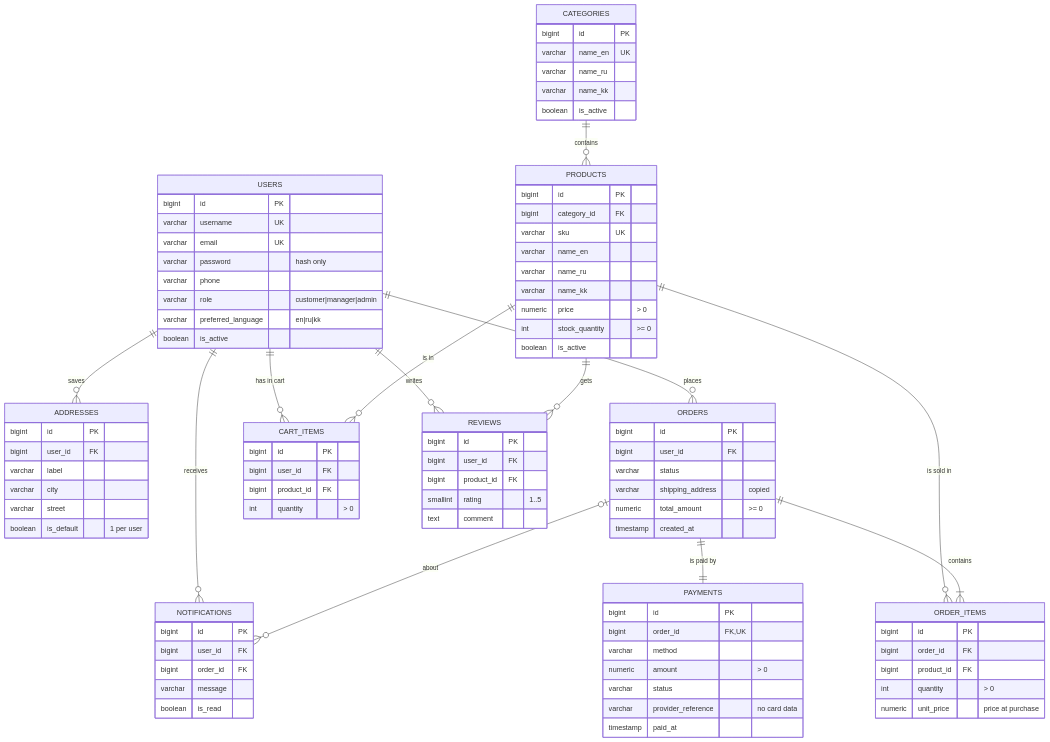
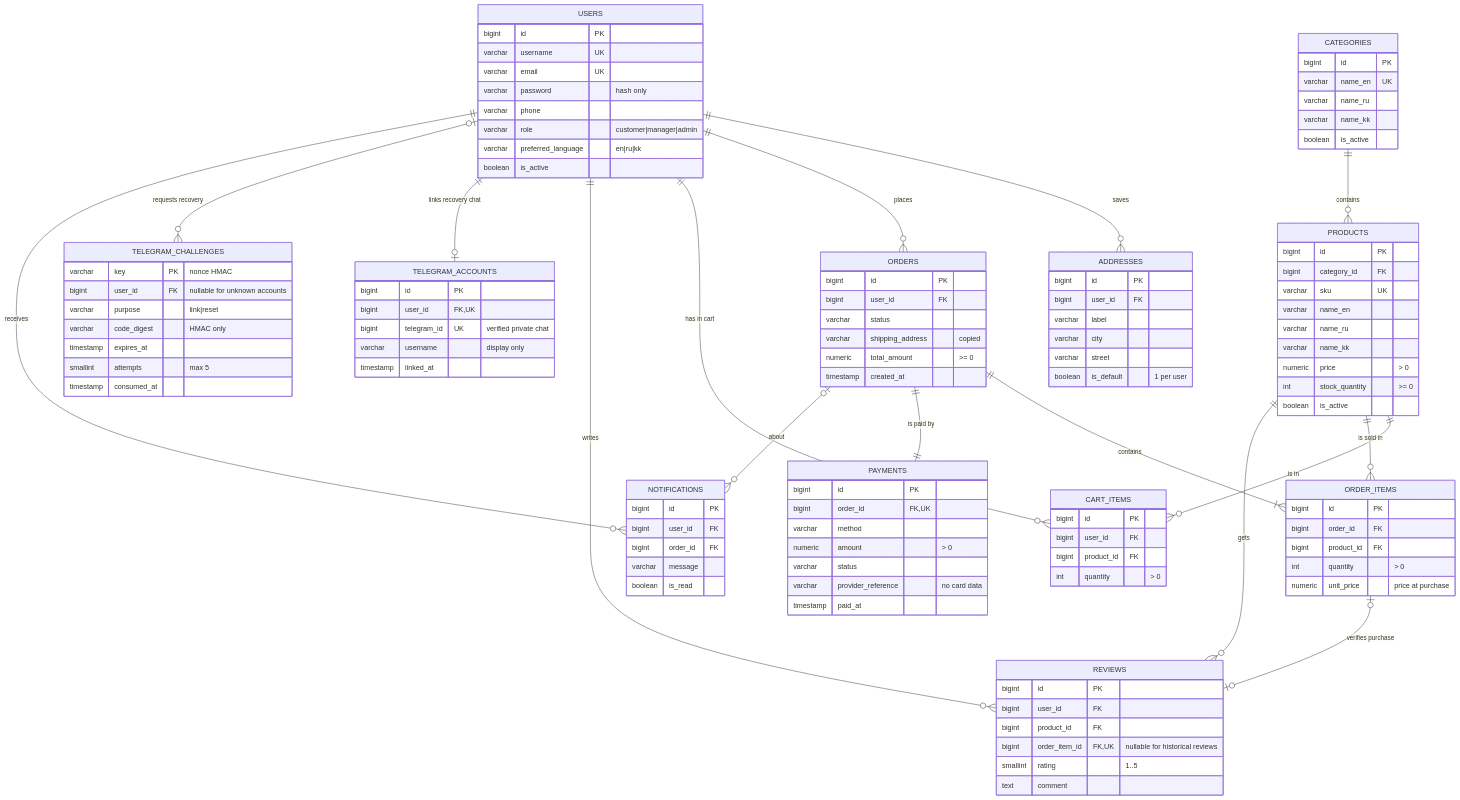
Before and after one commit to dilnaz24B031774/online-shop: the diagram in docs/erd.mmd, drawn with Mermaid. The commit also changed 37 other files, not shown here.

```diff
--- a/docs/erd.mmd
+++ b/docs/erd.mmd
@@ -1,94 +1,114 @@
 erDiagram
     USERS ||--o{ ADDRESSES : "saves"
     USERS ||--o{ ORDERS : "places"
     USERS ||--o{ CART_ITEMS : "has in cart"
     USERS ||--o{ REVIEWS : "writes"
+    USERS ||--o| TELEGRAM_ACCOUNTS : "links recovery chat"
+    USERS |o--o{ TELEGRAM_CHALLENGES : "requests recovery"
     USERS ||--o{ NOTIFICATIONS : "receives"
     CATEGORIES ||--o{ PRODUCTS : "contains"
     PRODUCTS ||--o{ CART_ITEMS : "is in"
     PRODUCTS ||--o{ ORDER_ITEMS : "is sold in"
     PRODUCTS ||--o{ REVIEWS : "gets"
+    ORDER_ITEMS |o--o| REVIEWS : "verifies purchase"
     ORDERS ||--|{ ORDER_ITEMS : "contains"
     ORDERS ||--|| PAYMENTS : "is paid by"
     ORDERS |o--o{ NOTIFICATIONS : "about"
 
     USERS {
         bigint id PK
         varchar username UK
         varchar email UK
         varchar password "hash only"
         varchar phone
         varchar role "customer|manager|admin"
         varchar preferred_language "en|ru|kk"
         boolean is_active
     }
     ADDRESSES {
         bigint id PK
         bigint user_id FK
         varchar label
         varchar city
         varchar street
         boolean is_default "1 per user"
+    }
+    TELEGRAM_ACCOUNTS {
+        bigint id PK
+        bigint user_id FK,UK
+        bigint telegram_id UK "verified private chat"
+        varchar username "display only"
+        timestamp linked_at
+    }
+    TELEGRAM_CHALLENGES {
+        varchar key PK "nonce HMAC"
+        bigint user_id FK "nullable for unknown accounts"
+        varchar purpose "link|reset"
+        varchar code_digest "HMAC only"
+        timestamp expires_at
+        smallint attempts "max 5"
+        timestamp consumed_at
     }
     CATEGORIES {
         bigint id PK
         varchar name_en UK
         varchar name_ru
         varchar name_kk
         boolean is_active
     }
     PRODUCTS {
         bigint id PK
         bigint category_id FK
         varchar sku UK
         varchar name_en
         varchar name_ru
         varchar name_kk
         numeric price "> 0"
         int stock_quantity ">= 0"
         boolean is_active
     }
     CART_ITEMS {
         bigint id PK
         bigint user_id FK
         bigint product_id FK
         int quantity "> 0"
     }
     ORDERS {
         bigint id PK
         bigint user_id FK
         varchar status
         varchar shipping_address "copied"
         numeric total_amount ">= 0"
         timestamp created_at
     }
     ORDER_ITEMS {
         bigint id PK
         bigint order_id FK
         bigint product_id FK
         int quantity "> 0"
         numeric unit_price "price at purchase"
     }
     PAYMENTS {
         bigint id PK
         bigint order_id FK,UK
         varchar method
         numeric amount "> 0"
         varchar status
         varchar provider_reference "no card data"
         timestamp paid_at
     }
     REVIEWS {
         bigint id PK
         bigint user_id FK
         bigint product_id FK
+        bigint order_item_id FK,UK "nullable for historical reviews"
         smallint rating "1..5"
         text comment
     }
     NOTIFICATIONS {
         bigint id PK
         bigint user_id FK
         bigint order_id FK
         varchar message
         boolean is_read
     }
```
